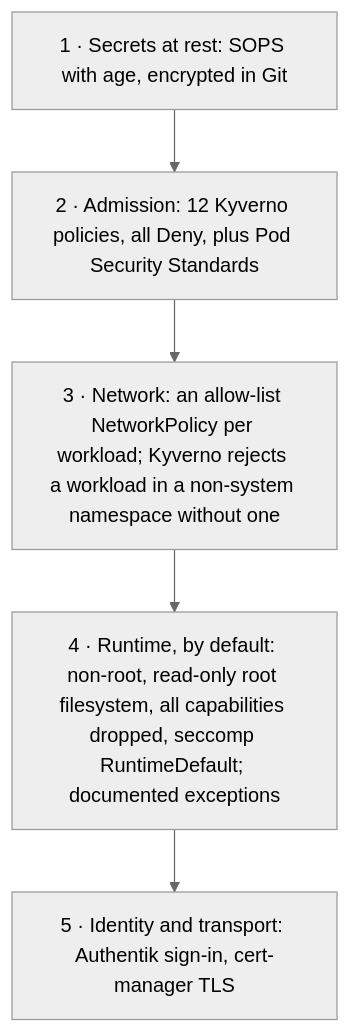
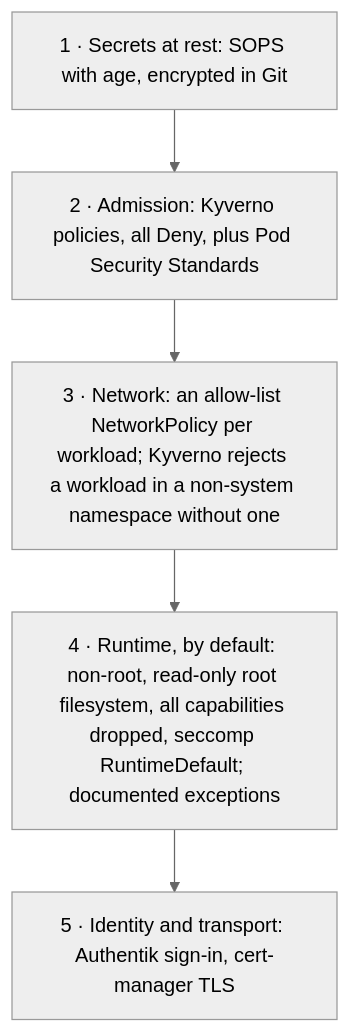
The fourth of 4 diagrams in docs/ARCHITECTURE.md (AKhozya/homelab), drawn with Mermaid (neutral theme) before and after one commit. The commit also changed other lines of this file and 2 other files, not shown here.

Commit message:
docs: tested virsh form in K3S_SETUP, a working authentik rollback, ARCHITECTURE without drifting counts

````diff
--- a/docs/ARCHITECTURE.md
+++ b/docs/ARCHITECTURE.md
@@ -168,9 +168,9 @@
 ```mermaid
 flowchart TB
   L1["1 · Secrets at rest: SOPS with age, encrypted in Git"]
-  L2["2 · Admission: 12 Kyverno policies, all Deny, plus Pod Security Standards"]
+  L2["2 · Admission: Kyverno policies, all Deny, plus Pod Security Standards"]
   L3["3 · Network: an allow-list NetworkPolicy per workload; Kyverno rejects a workload in a non-system namespace without one"]
   L4["4 · Runtime, by default: non-root, read-only root filesystem, all capabilities dropped, seccomp RuntimeDefault; documented exceptions"]
   L5["5 · Identity and transport: Authentik sign-in, cert-manager TLS"]
   L1 --> L2 --> L3 --> L4 --> L5
 ```
````
